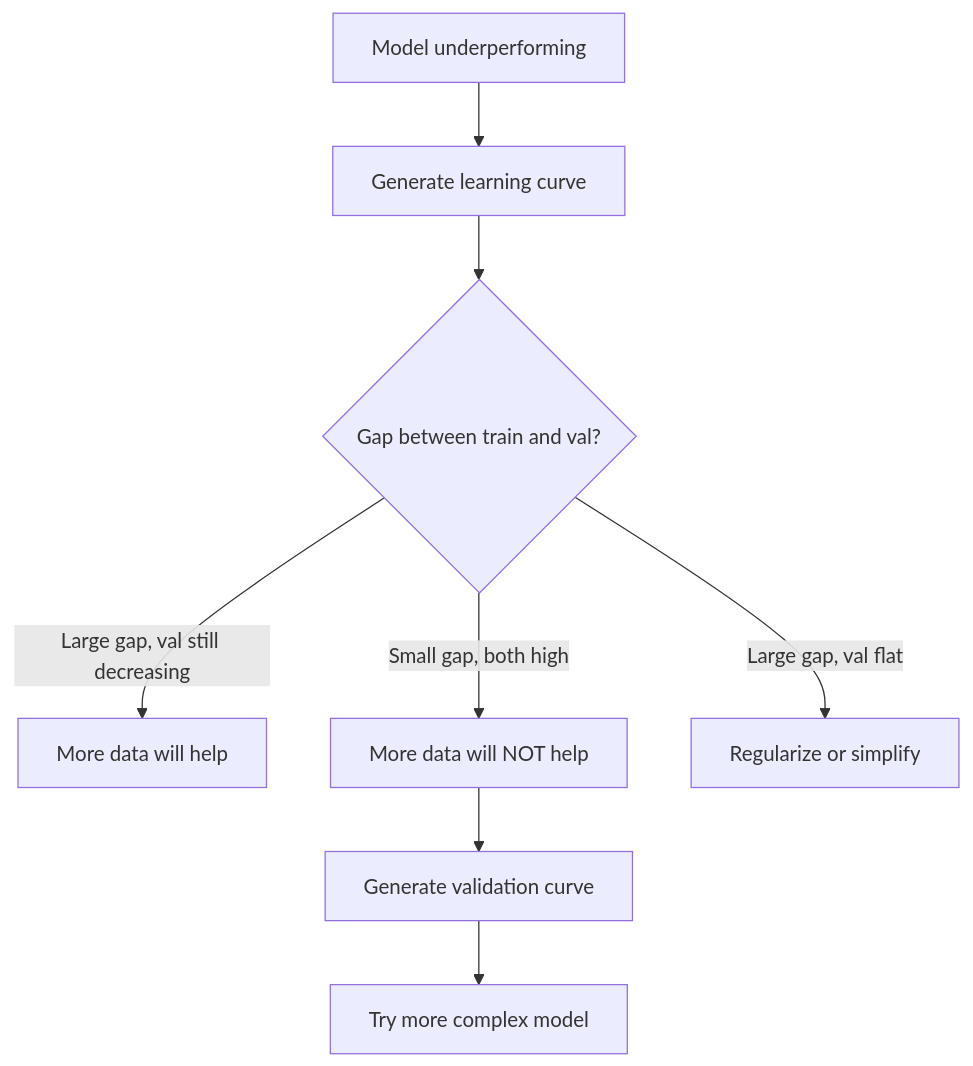
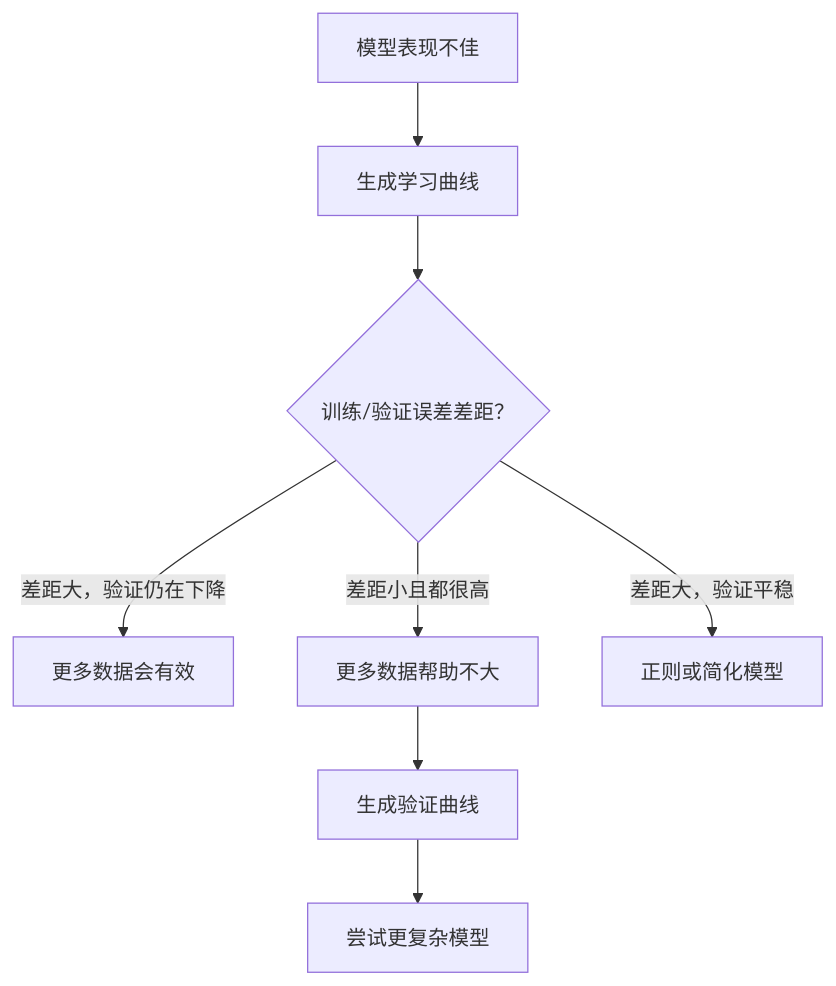
One commit to omigaZen/ai-engineering-from-scratch changed the fifth of 5 diagrams in phases/02-ml-fundamentals/10-bias-variance/docs/zh.md. Above: the diagram before and after it, drawn with Mermaid. The commit also changed other lines of this file, not shown here.

````diff
--- a/phases/02-ml-fundamentals/10-bias-variance/docs/zh.md
+++ b/phases/02-ml-fundamentals/10-bias-variance/docs/zh.md
@@ -266,10 +247,10 @@
 ```mermaid
 flowchart TD
-    A[Model underperforming] --> B[Generate learning curve]
-    B --> C{Gap between train and val?}
-    C -->|Large gap, val still decreasing| D[More data will help]
-    C -->|Small gap, both high| E[More data will NOT help]
-    C -->|Large gap, val flat| F[Regularize or simplify]
-    E --> G[Generate validation curve]
-    G --> H[Try more complex model]
+    A[模型表现不佳] --> B[生成学习曲线]
+    B --> C{训练/验证误差差距？}
+    C -->|差距大，验证仍在下降| D[更多数据会有效]
+    C -->|差距小且都很高| E[更多数据帮助不大]
+    C -->|差距大，验证平稳| F[正则或简化模型]
+    E --> G[生成验证曲线]
+    G --> H[尝试更复杂模型]
 ```
````
